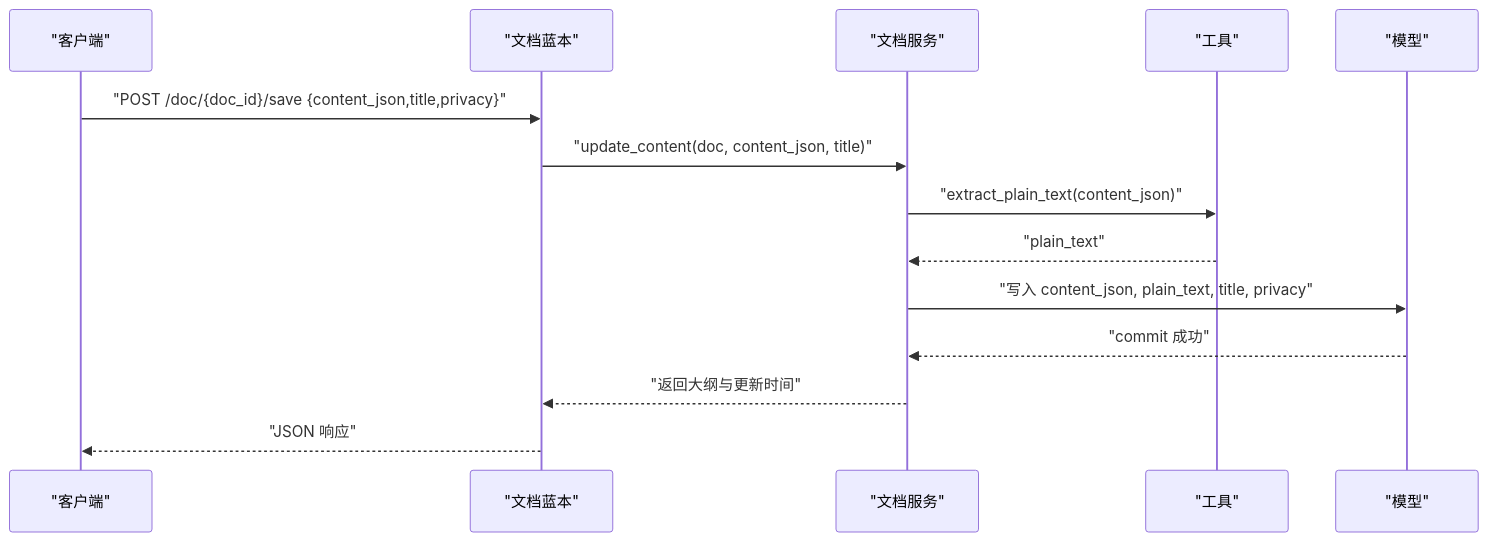
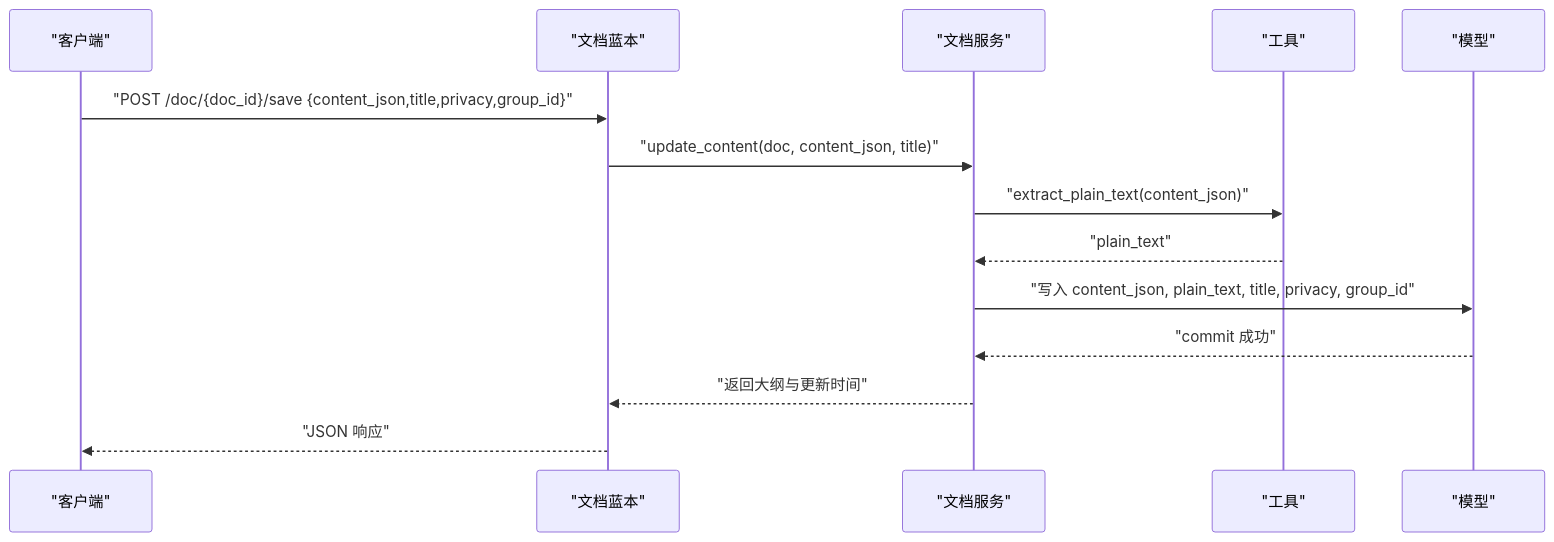
One commit to beyondalbert/my_wiki changed the fourth of 8 diagrams in .qoder/repowiki/zh/content/架构设计/服务层架构/文档管理服务.md. Above: the diagram before and after it, drawn with Mermaid. The commit also changed other lines of this file and 3 other files, not shown here.

````diff
--- a/.qoder/repowiki/zh/content/架构设计/服务层架构/文档管理服务.md
+++ b/.qoder/repowiki/zh/content/架构设计/服务层架构/文档管理服务.md
@@ -197,16 +211,16 @@
 ```mermaid
 sequenceDiagram
 participant C as "客户端"
 participant D as "文档蓝本"
 participant S as "文档服务"
 participant O as "工具"
 participant M as "模型"
-C->>D : "POST /doc/{doc_id}/save {content_json,title,privacy}"
+C->>D : "POST /doc/{doc_id}/save {content_json,title,privacy,group_id}"
 D->>S : "update_content(doc, content_json, title)"
 S->>O : "extract_plain_text(content_json)"
 O-->>S : "plain_text"
-S->>M : "写入 content_json, plain_text, title, privacy"
+S->>M : "写入 content_json, plain_text, title, privacy, group_id"
 M-->>S : "commit 成功"
 S-->>D : "返回大纲与更新时间"
 D-->>C : "JSON 响应"
 ```
````
